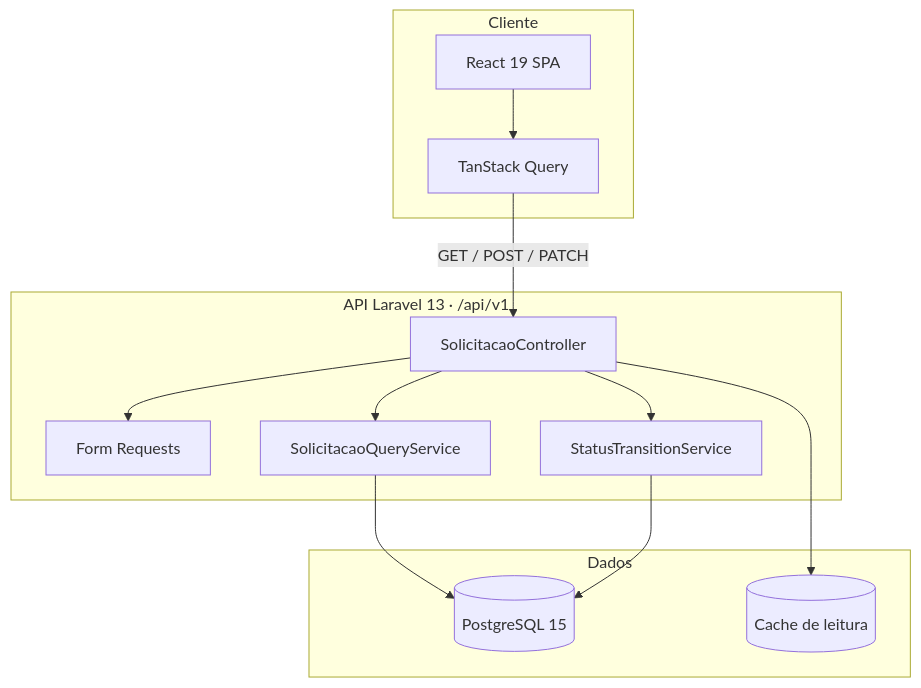
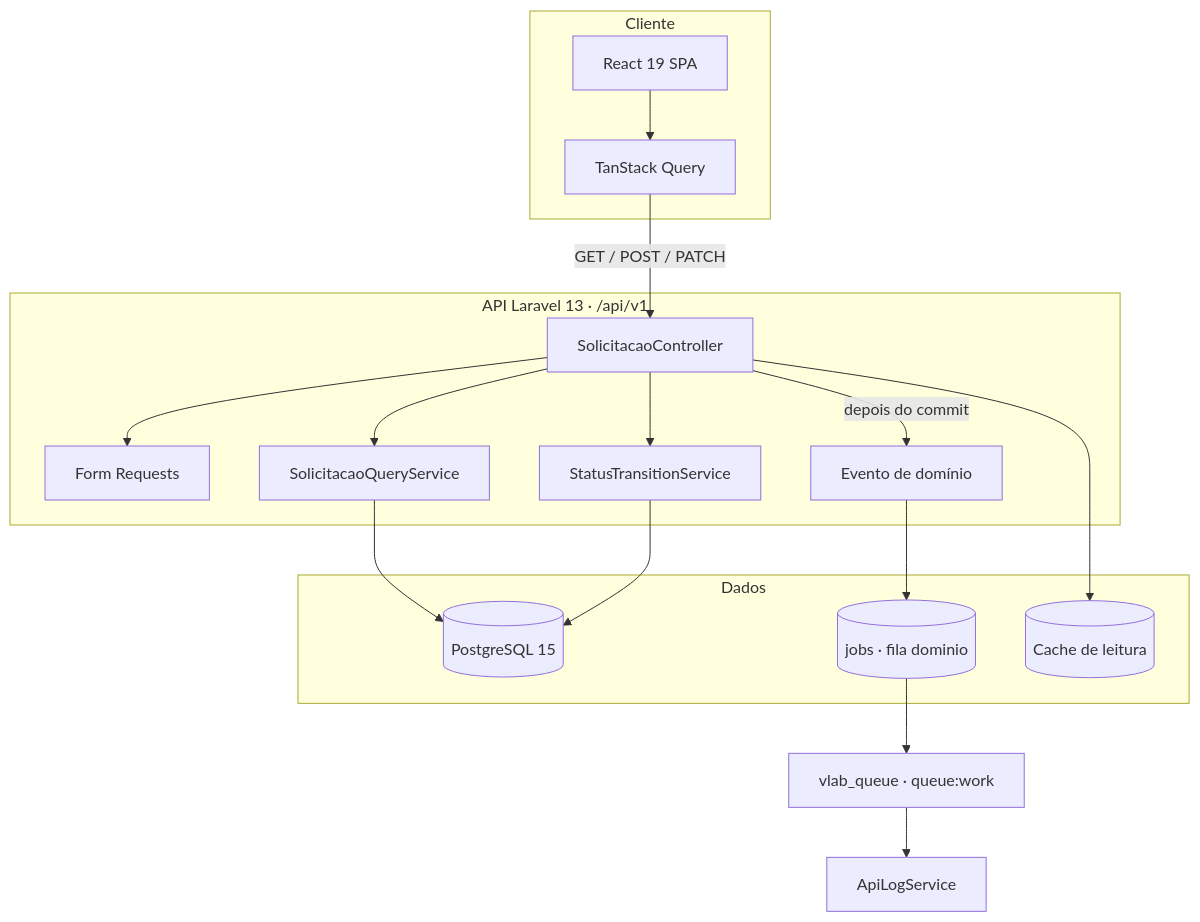
One commit to soninhoxs/Projeto-Vlab changed the first of 2 diagrams in README.md. Above: the diagram before and after it, drawn with Mermaid. The commit also changed other lines of this file and 11 other files, not shown here.

Commit message:
Enfileira o log de domínio depois do commit para o cadastro não esperar o I/O do log.

````diff
--- a/README.md
+++ b/README.md
@@ -42,28 +42,35 @@
 ```mermaid
 flowchart TB
     subgraph Cliente
         SPA[React 19 SPA]
         RQ[TanStack Query]
         SPA --> RQ
     end
 
     subgraph API["API Laravel 13 · /api/v1"]
         Ctrl[SolicitacaoController]
         FR[Form Requests]
         SM[StatusTransitionService]
         QS[SolicitacaoQueryService]
         Ctrl --> FR
         Ctrl --> SM
         Ctrl --> QS
+        Ctrl -->|depois do commit| Ev[Evento de domínio]
     end
 
     subgraph Dados
         PG[(PostgreSQL 15)]
+        Jobs[(jobs · fila dominio)]
         Cache[(Cache de leitura)]
     end
+
+    Worker[vlab_queue · queue:work]
 
     RQ -->|GET / POST / PATCH| Ctrl
     QS --> PG
     SM --> PG
     Ctrl --> Cache
+    Ev --> Jobs
+    Jobs --> Worker
+    Worker --> Log[ApiLogService]
 ```
````
